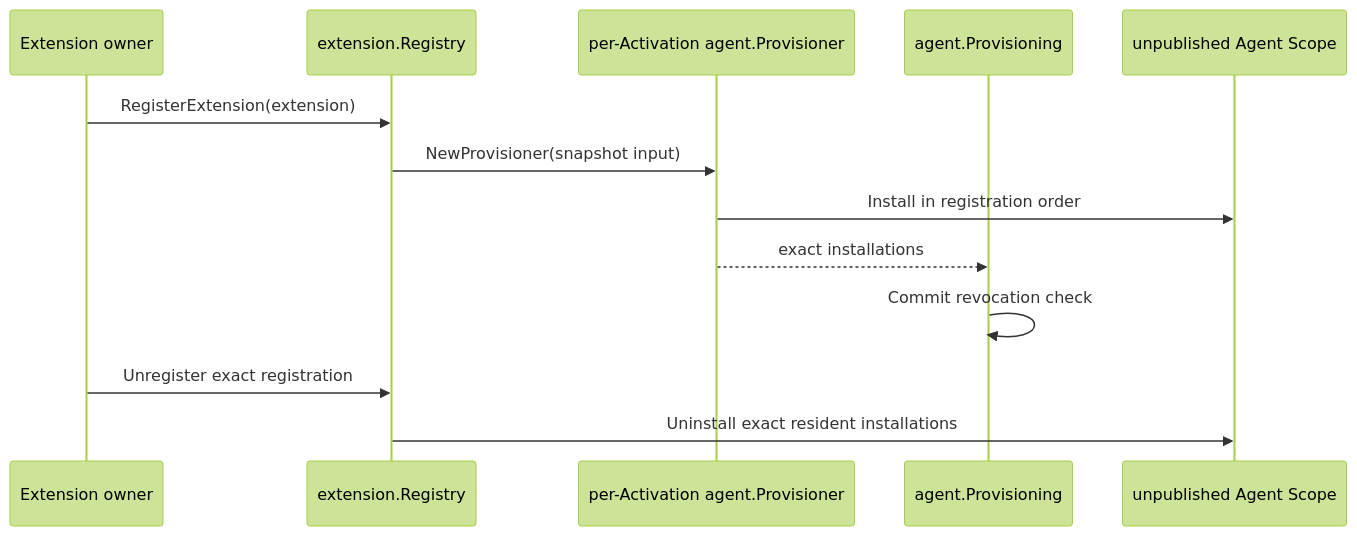
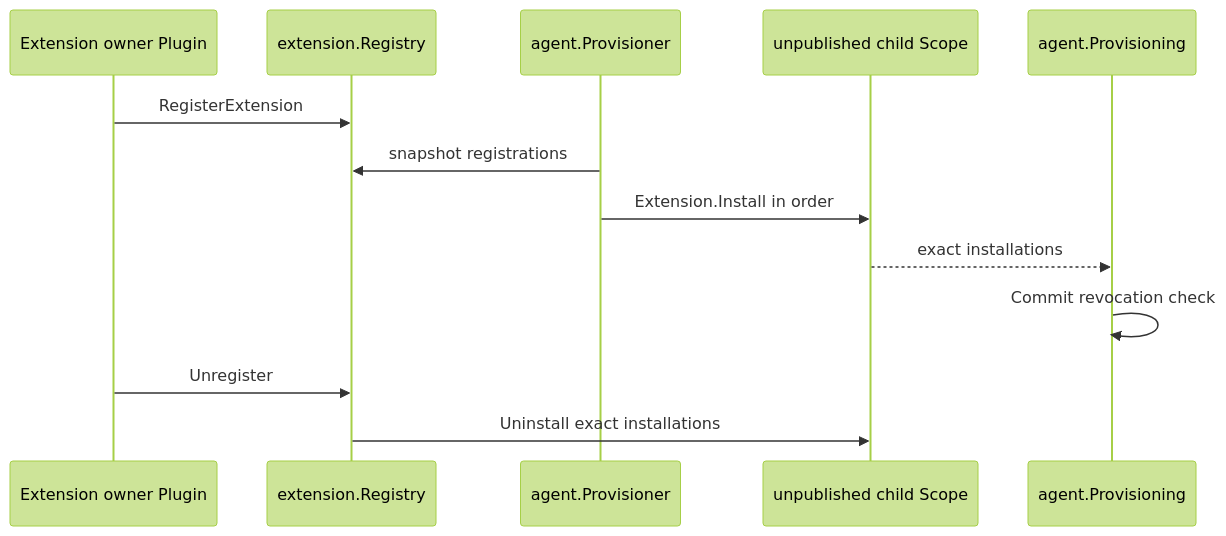
Before and after one commit to gorenx/goren: the diagram in subagent/internal/extension/README.zh-CN.md, drawn with Mermaid (forest theme). The commit also changed other lines of this file and 36 other files, not shown here.

````diff
--- a/subagent/internal/extension/README.zh-CN.md
+++ b/subagent/internal/extension/README.zh-CN.md
@@ -7,16 +7,16 @@
 ```mermaid
 sequenceDiagram
-    participant Plugin as Extension owner
+    participant Owner as Extension owner Plugin
     participant Registry as extension.Registry
-    participant Provisioner as per-Activation agent.Provisioner
+    participant Provisioner as agent.Provisioner
+    participant Scope as unpublished child Scope
     participant Provisioning as agent.Provisioning
-    participant Child as unpublished Agent Scope
 
-    Plugin->>Registry: RegisterExtension(extension)
-    Registry->>Provisioner: NewProvisioner(snapshot input)
-    Provisioner->>Child: Install in registration order
-    Provisioner-->>Provisioning: exact installations
+    Owner->>Registry: RegisterExtension
+    Provisioner->>Registry: snapshot registrations
+    Provisioner->>Scope: Extension.Install in order
+    Scope-->>Provisioning: exact installations
     Provisioning->>Provisioning: Commit revocation check
-    Plugin->>Registry: Unregister exact registration
-    Registry->>Child: Uninstall exact resident installations
+    Owner->>Registry: Unregister
+    Registry->>Scope: Uninstall exact installations
 ```
````
